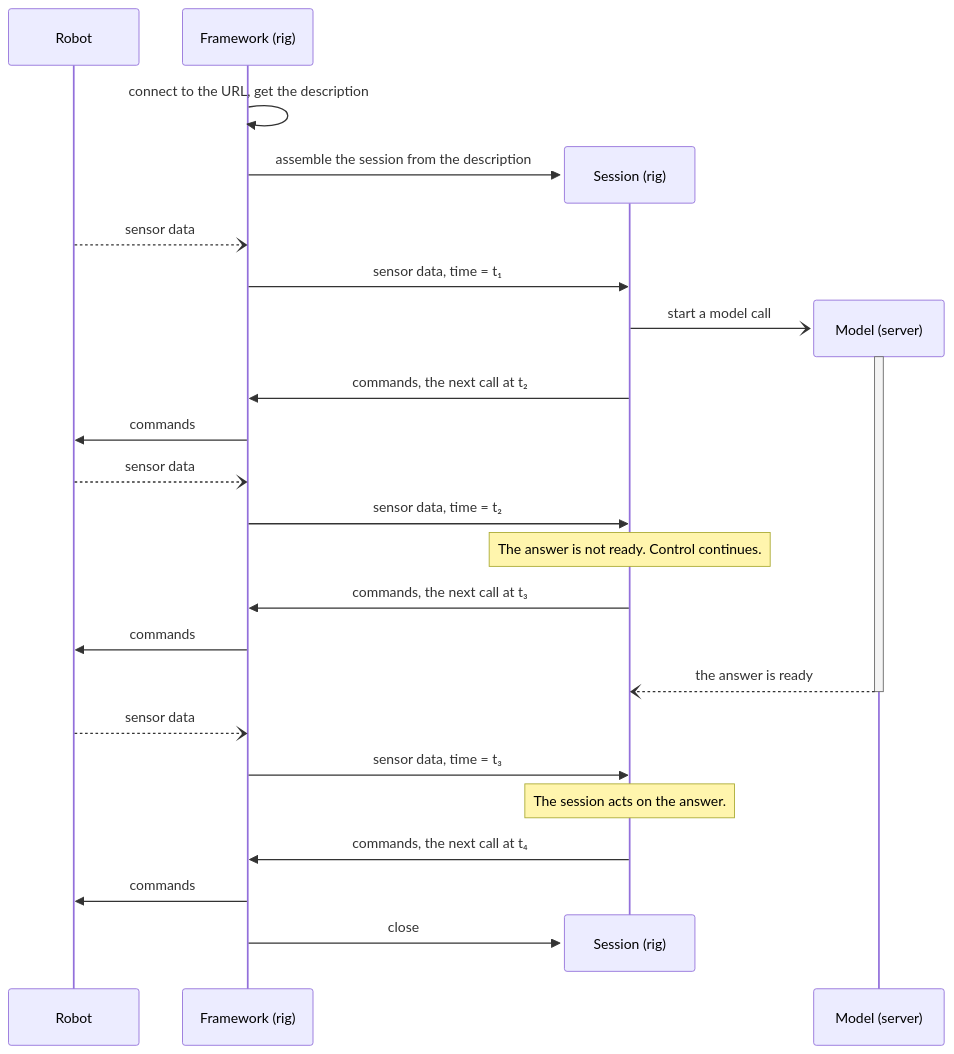
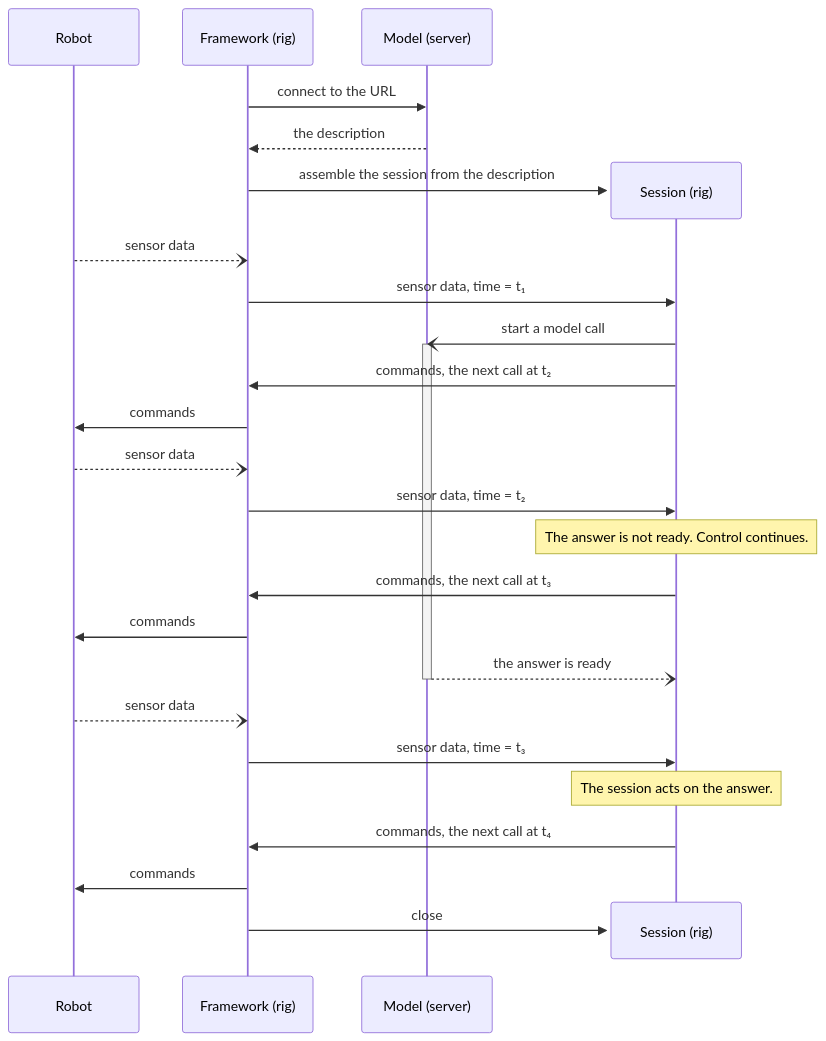
One commit to Positronic-Robotics/positronic changed the first of 2 diagrams in positronic/policy/DESIGN.md. Above: the diagram before and after it, drawn with Mermaid.

Commit message:
Restore the handshake arrows to the model column

````diff
--- a/positronic/policy/DESIGN.md
+++ b/positronic/policy/DESIGN.md
@@ -137,29 +137,30 @@
 ```mermaid
 sequenceDiagram
     participant R as Robot
     participant F as Framework (rig)
-    F->>F: connect to the URL, get the description
+    participant M as Model (server)
+    F->>M: connect to the URL
+    M-->>F: the description
     create participant S as Session (rig)
     F->>S: assemble the session from the description
     R--)F: sensor data
     F->>S: sensor data, time = t₁
-    create participant M as Model (server)
     S-)M: start a model call
     activate M
     S->>F: commands, the next call at t₂
     F->>R: commands
     R--)F: sensor data
     F->>S: sensor data, time = t₂
     Note over S: The answer is not ready. Control continues.
     S->>F: commands, the next call at t₃
     F->>R: commands
     M--)S: the answer is ready
     deactivate M
     R--)F: sensor data
     F->>S: sensor data, time = t₃
     Note over S: The session acts on the answer.
     S->>F: commands, the next call at t₄
     F->>R: commands
     destroy S
     F->>S: close
 ```
````
